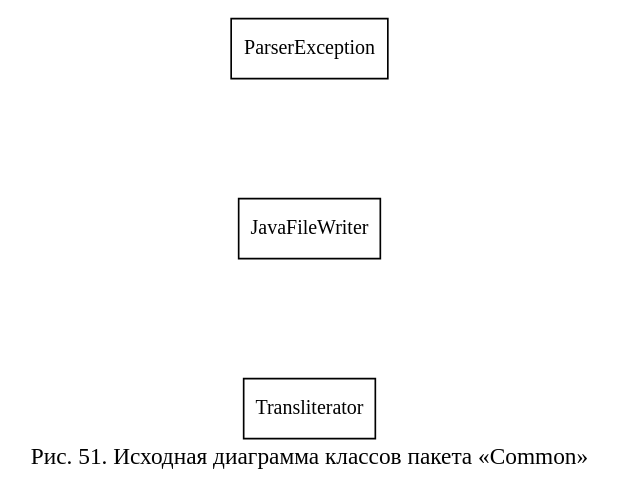
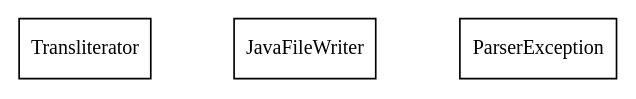
One commit to nastolbov/AutoTestGeneratorUpdate changed the diagram in diagrams/cls_common_initial.dot. Above: the diagram before and after it, drawn with Graphviz. The commit also changed 54 other files, not shown here.

First line of the commit message:
diagrams: 18 ДПС + фикс детальных (shape=record) + MD по структуре диплома

```diff
--- a/diagrams/cls_common_initial.dot
+++ b/diagrams/cls_common_initial.dot
@@ -1,10 +1,11 @@
-digraph CII {
-    rankdir=LR; fontname="Liberation Serif"; fontsize=14;
-    label="Рис. 51. Исходная диаграмма классов пакета «Common»"; labelloc=b;
-    nodesep=1.0;
+digraph cls_common_initial {
+    rankdir=TB; fontname="Liberation Serif";
+    nodesep=0.7; ranksep=1.0;
     node [fontname="Liberation Serif", fontsize=12, shape=box, style=filled, fillcolor=white];
+    edge [color=black, fontname="Liberation Serif", fontsize=10, labeldistance=1.8, arrowsize=0.9];
 
     T  [label="Transliterator"];
     JW [label="JavaFileWriter"];
     PE [label="ParserException"];
+
 }
```
